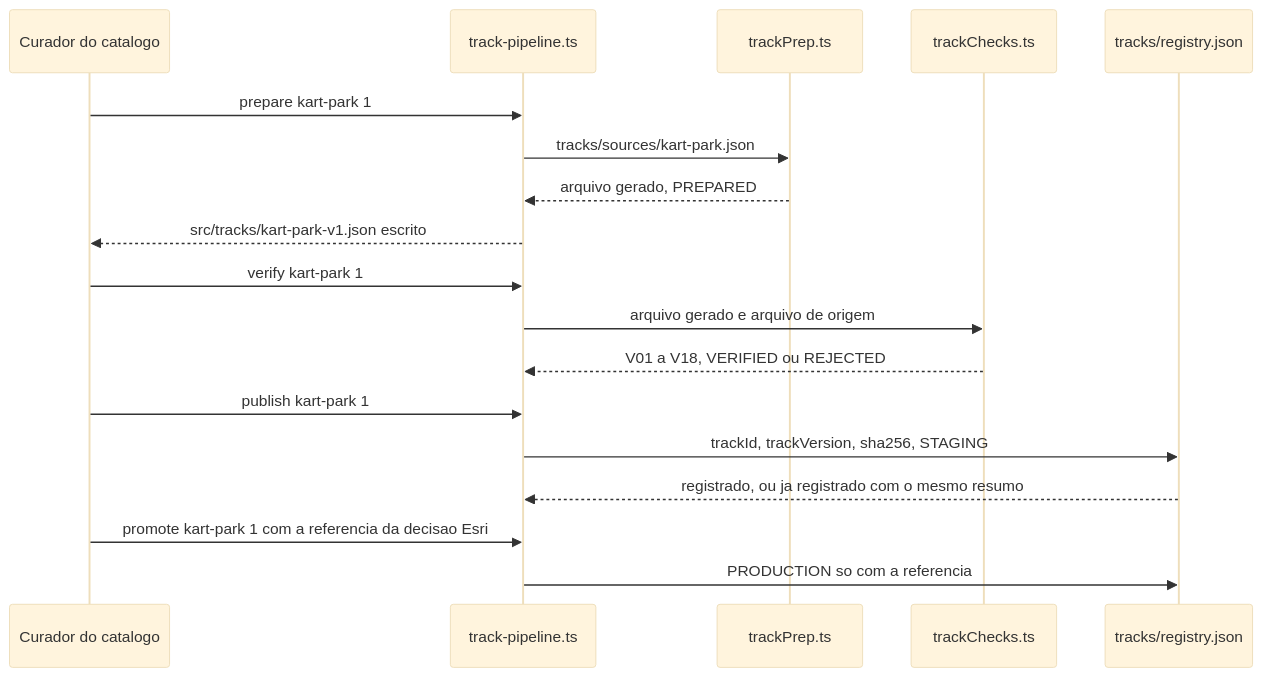
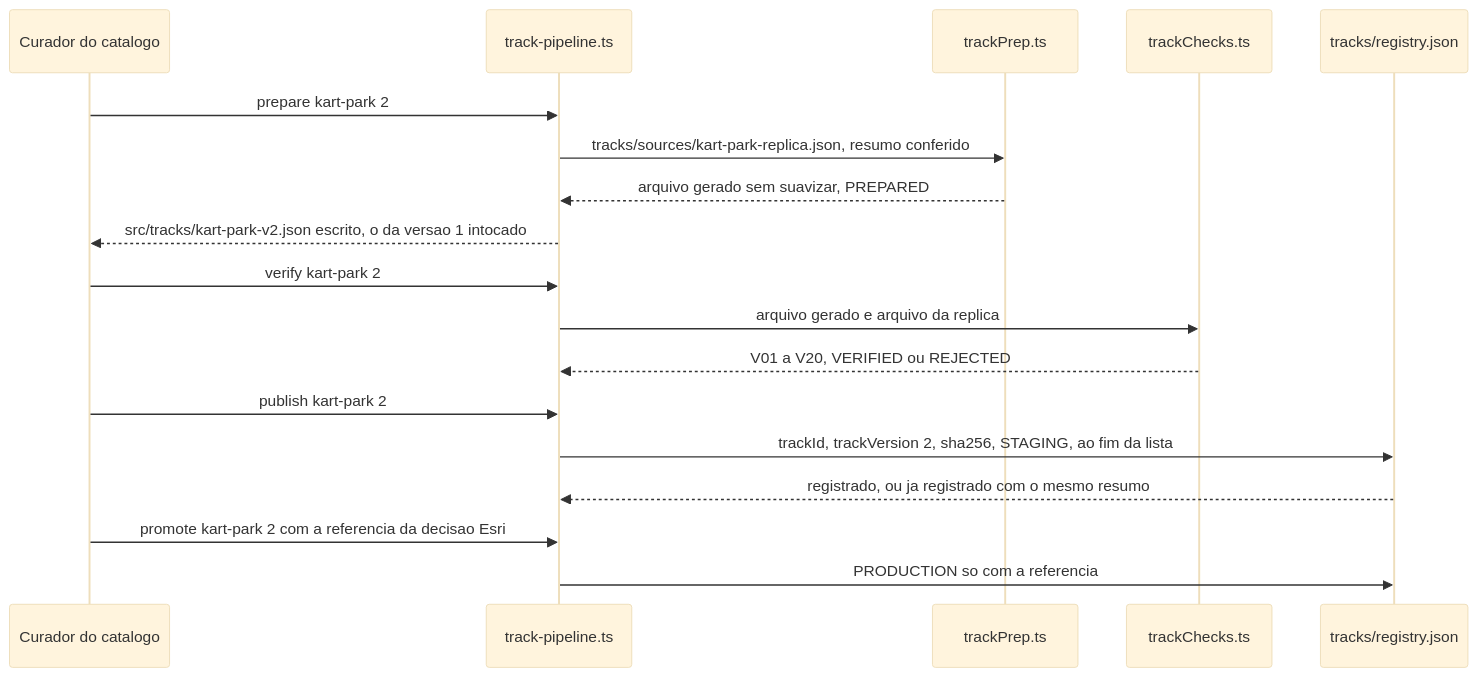
The third of 3 diagrams in 300 Specs/330 D-Specs/Output/pista-kart-park/01-architecture.md (edumatosr6-svg/kartle-staging), drawn with Mermaid (base theme) before and after one commit. The commit also changed other lines of this file and 29 other files, not shown here.

Commit message:
pista-kart-park: dspec da revisão 3 (ADR-0008 kart-park v2 a partir da réplica) — dspec-validation 20261106-1836 SUCCESS (rodada 1828 FAIL corrigida no modo B)

````diff
--- a/300 Specs/330 D-Specs/Output/pista-kart-park/01-architecture.md
+++ b/300 Specs/330 D-Specs/Output/pista-kart-park/01-architecture.md
@@ -168,20 +182,20 @@
 ```mermaid
 sequenceDiagram
     participant C as Curador do catalogo
     participant X as track-pipeline.ts
     participant R as trackPrep.ts
     participant V as trackChecks.ts
     participant G as tracks/registry.json
-    C->>X: prepare kart-park 1
-    X->>R: tracks/sources/kart-park.json
-    R-->>X: arquivo gerado, PREPARED
-    X-->>C: src/tracks/kart-park-v1.json escrito
-    C->>X: verify kart-park 1
-    X->>V: arquivo gerado e arquivo de origem
-    V-->>X: V01 a V18, VERIFIED ou REJECTED
-    C->>X: publish kart-park 1
-    X->>G: trackId, trackVersion, sha256, STAGING
+    C->>X: prepare kart-park 2
+    X->>R: tracks/sources/kart-park-replica.json, resumo conferido
+    R-->>X: arquivo gerado sem suavizar, PREPARED
+    X-->>C: src/tracks/kart-park-v2.json escrito, o da versao 1 intocado
+    C->>X: verify kart-park 2
+    X->>V: arquivo gerado e arquivo da replica
+    V-->>X: V01 a V20, VERIFIED ou REJECTED
+    C->>X: publish kart-park 2
+    X->>G: trackId, trackVersion 2, sha256, STAGING, ao fim da lista
     G-->>X: registrado, ou ja registrado com o mesmo resumo
-    C->>X: promote kart-park 1 com a referencia da decisao Esri
+    C->>X: promote kart-park 2 com a referencia da decisao Esri
     X->>G: PRODUCTION so com a referencia
 ```
````
